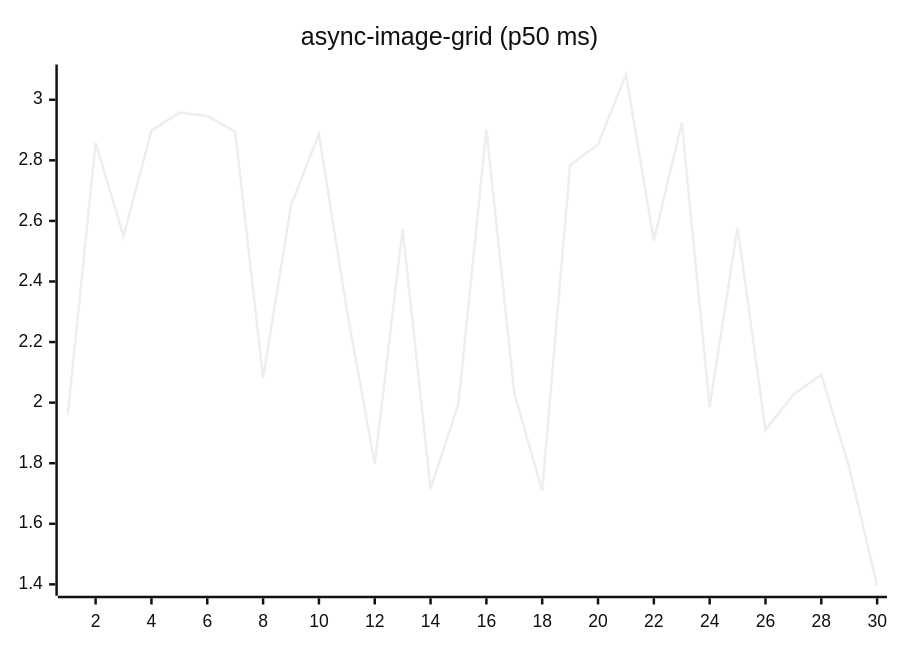
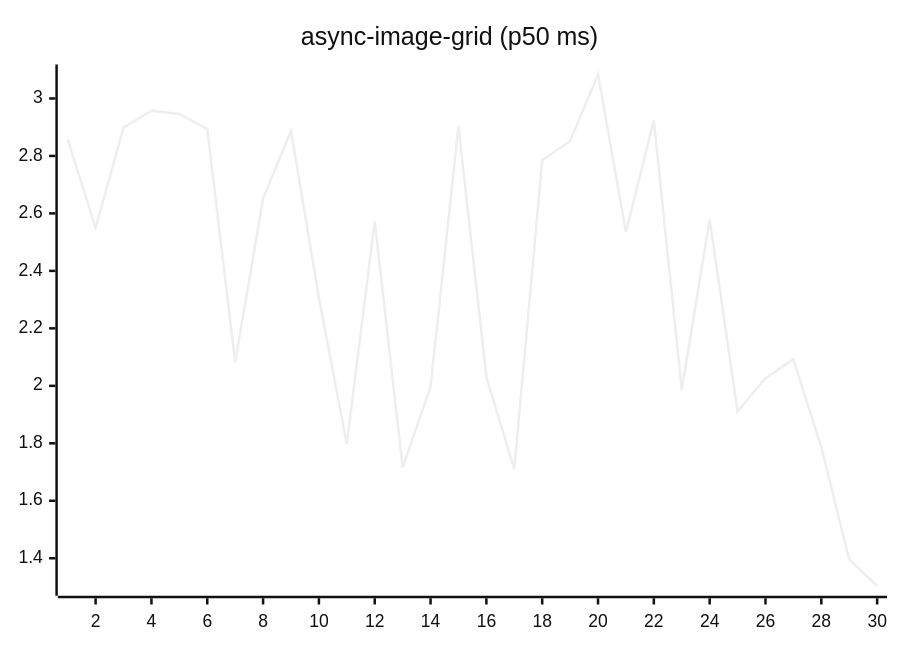
One commit to josha/Facet changed the fifth of 27 diagrams in README.md. Above: the diagram before and after it, drawn with Mermaid (neutral theme). The commit also changed other lines of this file and 2 other files, not shown here.

````diff
--- a/README.md
+++ b/README.md
@@ -91,6 +91,6 @@
 ```mermaid
 xychart-beta
     title "async-image-grid (p50 ms)"
     x-axis 1 --> 30
-    line [1.9586, 2.8577, 2.5497, 2.8980, 2.9576, 2.9463, 2.8940, 2.0815, 2.6515, 2.8871, 2.3060, 1.7979, 2.5726, 1.7163, 1.9964, 2.9032, 2.0307, 1.7099, 2.7848, 2.8523, 3.0834, 2.5349, 2.9237, 1.9862, 2.5787, 1.9102, 2.0270, 2.0924, 1.7862, 1.3954]
+    line [2.8577, 2.5497, 2.8980, 2.9576, 2.9463, 2.8940, 2.0815, 2.6515, 2.8871, 2.3060, 1.7979, 2.5726, 1.7163, 1.9964, 2.9032, 2.0307, 1.7099, 2.7848, 2.8523, 3.0834, 2.5349, 2.9237, 1.9862, 2.5787, 1.9102, 2.0270, 2.0924, 1.7862, 1.3954, 1.3043]
 ```
````
